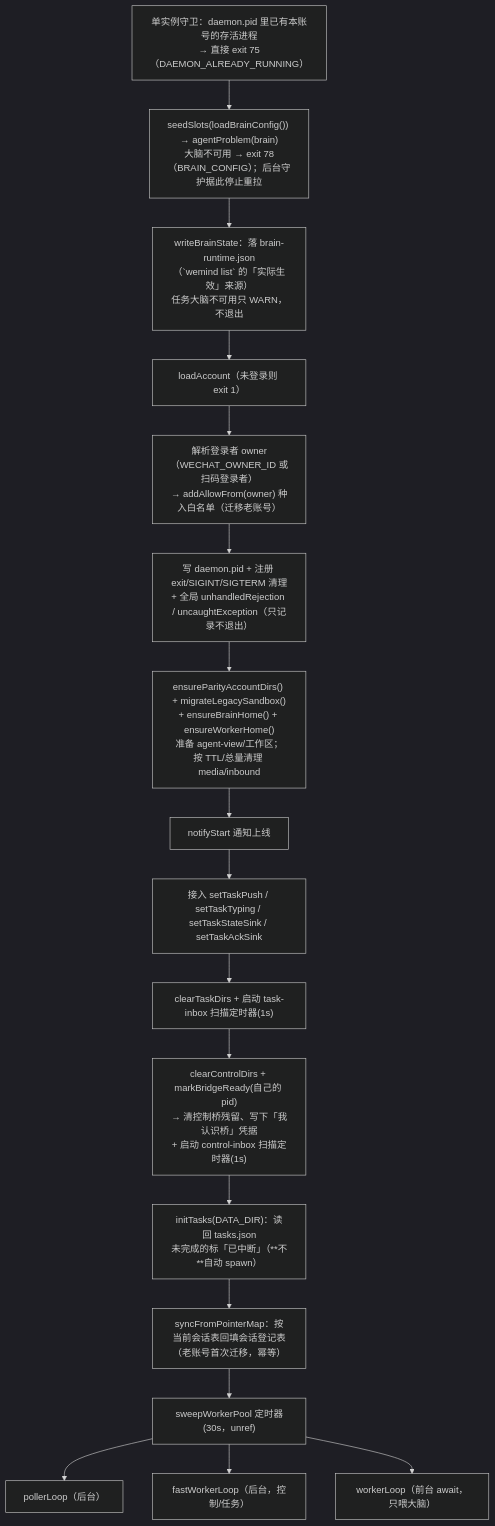
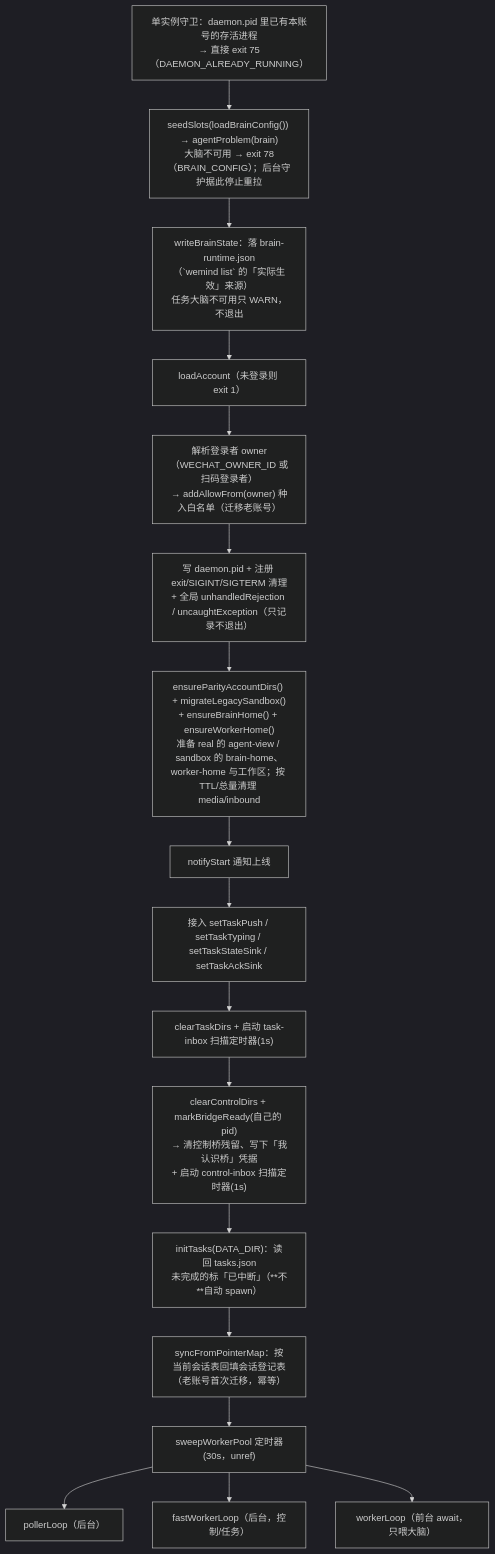
Before and after one commit to imwangpan/WeMind: the first of 4 diagrams in docs/repowiki/05-daemon.md, drawn with Mermaid (dark theme). The commit also changed other lines of this file and 62 other files, not shown here.

First line of the commit message:
docs(agent-parity): 统一 Agent 工作模式目录与术语口径

````diff
--- a/docs/repowiki/05-daemon.md
+++ b/docs/repowiki/05-daemon.md
@@ -107,20 +108,20 @@
 ```mermaid
 graph TD
     A["单实例守卫：daemon.pid 里已有本账号的存活进程<br/>→ 直接 exit 75（DAEMON_ALREADY_RUNNING）"]
     A --> B["seedSlots(loadBrainConfig()) → agentProblem(brain)<br/>大脑不可用 → exit 78（BRAIN_CONFIG）；后台守护据此停止重拉"]
     B --> B2["writeBrainState：落 brain-runtime.json<br/>（`wemind list` 的「实际生效」来源）<br/>任务大脑不可用只 WARN，不退出"]
     B2 --> C["loadAccount（未登录则 exit 1）"]
     C --> D["解析登录者 owner（WECHAT_OWNER_ID 或扫码登录者）<br/>→ addAllowFrom(owner) 种入白名单（迁移老账号）"]
     D --> E["写 daemon.pid + 注册 exit/SIGINT/SIGTERM 清理<br/>+ 全局 unhandledRejection / uncaughtException（只记录不退出）"]
-    E --> F["ensureParityAccountDirs() + migrateLegacySandbox()<br/>+ ensureBrainHome() + ensureWorkerHome()<br/>准备 agent-view/工作区；按 TTL/总量清理 media/inbound"]
+    E --> F["ensureParityAccountDirs() + migrateLegacySandbox()<br/>+ ensureBrainHome() + ensureWorkerHome()<br/>准备 real 的 agent-view / sandbox 的 brain-home、worker-home 与工作区；按 TTL/总量清理 media/inbound"]
     F --> G["notifyStart 通知上线"]
     G --> H["接入 setTaskPush / setTaskTyping / setTaskStateSink / setTaskAckSink"]
     H --> I["clearTaskDirs + 启动 task-inbox 扫描定时器(1s)"]
     I --> J["clearControlDirs + markBridgeReady(自己的 pid)<br/>→ 清控制桥残留、写下「我认识桥」凭据<br/>+ 启动 control-inbox 扫描定时器(1s)"]
     J --> K["initTasks(DATA_DIR)：读回 tasks.json<br/>未完成的标「已中断」（**不**自动 spawn）"]
     K --> L["syncFromPointerMap：按当前会话表回填会话登记表<br/>（老账号首次迁移，幂等）"]
     L --> M["sweepWorkerPool 定时器(30s，unref)"]
     M --> N["pollerLoop（后台）"]
     M --> O["fastWorkerLoop（后台，控制/任务）"]
     M --> P["workerLoop（前台 await，只喂大脑）"]
 ```
````
